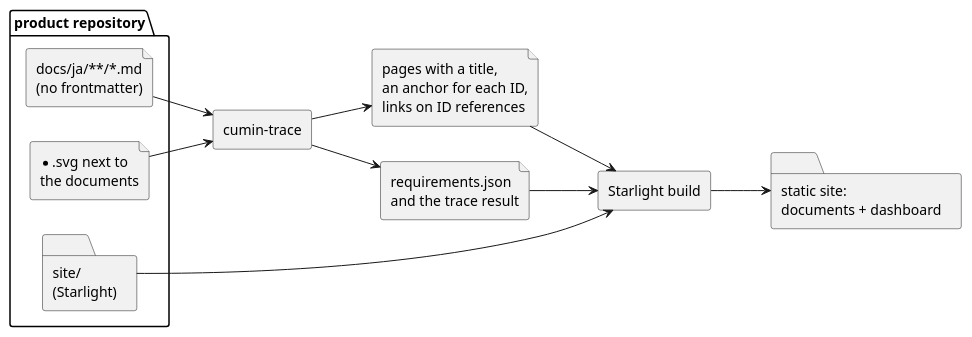
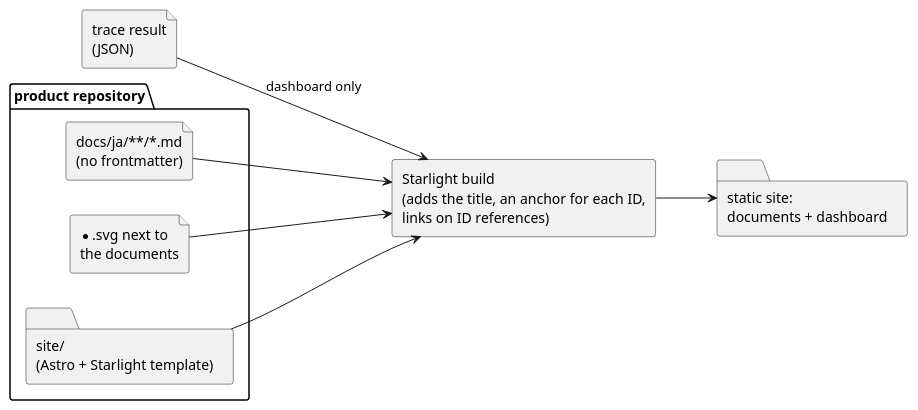
Before and after one commit to cloveclovedev/cumin-trace: the diagram in docs/ja/requirements/site/site-build.puml, drawn with PlantUML. The commit also changed 4 other files, not shown here.

First line of the commit message:
docs(requirements): build the site from the documents and the diagrams only (#86)

```diff
--- a/docs/ja/requirements/site/site-build.puml
+++ b/docs/ja/requirements/site/site-build.puml
@@ -1,25 +1,20 @@
 @startuml site-build
 left to right direction
 skinparam shadowing false
 
 package "product repository" {
   file "docs/ja/**/*.md\n(no frontmatter)" as md
   file "*.svg next to\nthe documents" as svg
-  folder "site/\n(Starlight)" as tpl
+  folder "site/\n(Astro + Starlight template)" as tpl
 }
 
-rectangle "cumin-trace" as ct
-file "pages with a title,\nan anchor for each ID,\nlinks on ID references" as pages
-file "requirements.json\nand the trace result" as data
-rectangle "Starlight build" as build
+file "trace result\n(JSON)" as data
+rectangle "Starlight build\n(adds the title, an anchor for each ID,\nlinks on ID references)" as build
 folder "static site:\ndocuments + dashboard" as out
 
-md --> ct
-svg --> ct
-ct --> pages
-ct --> data
-pages --> build
-data --> build
+md --> build
+svg --> build
 tpl --> build
+data --> build : dashboard only
 build --> out
 @enduml
```
